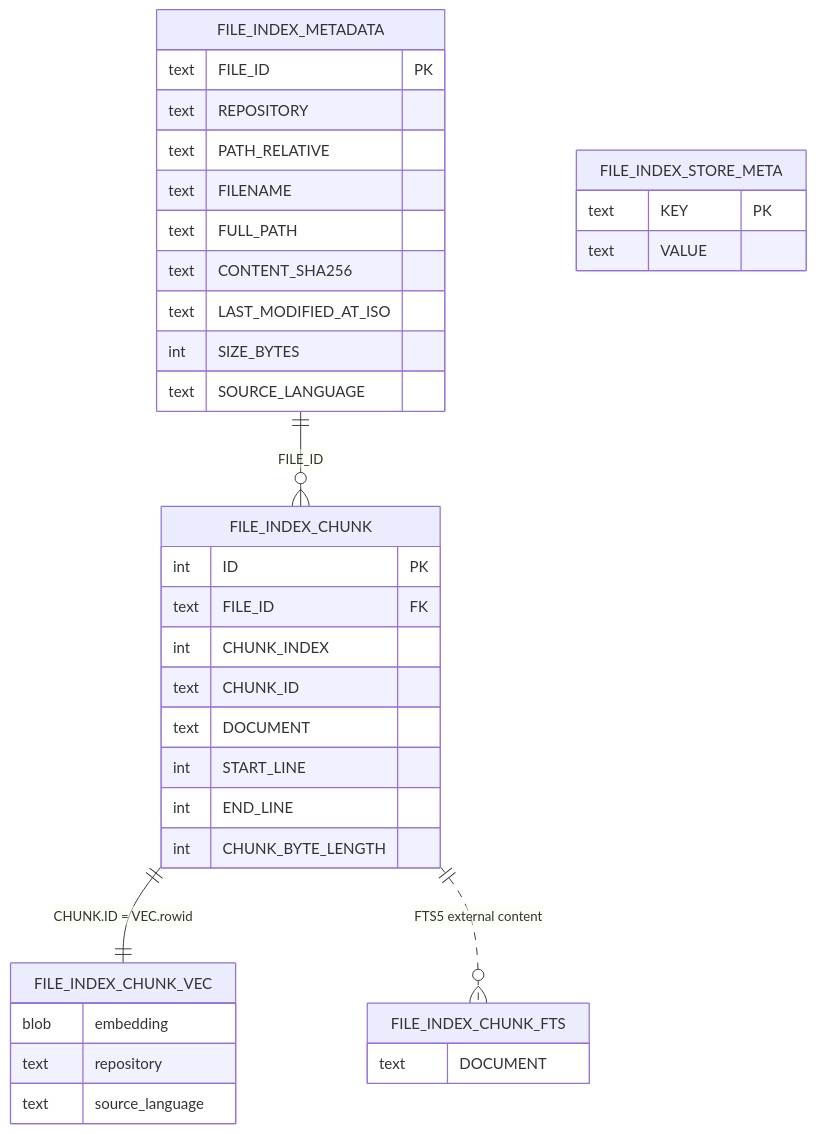
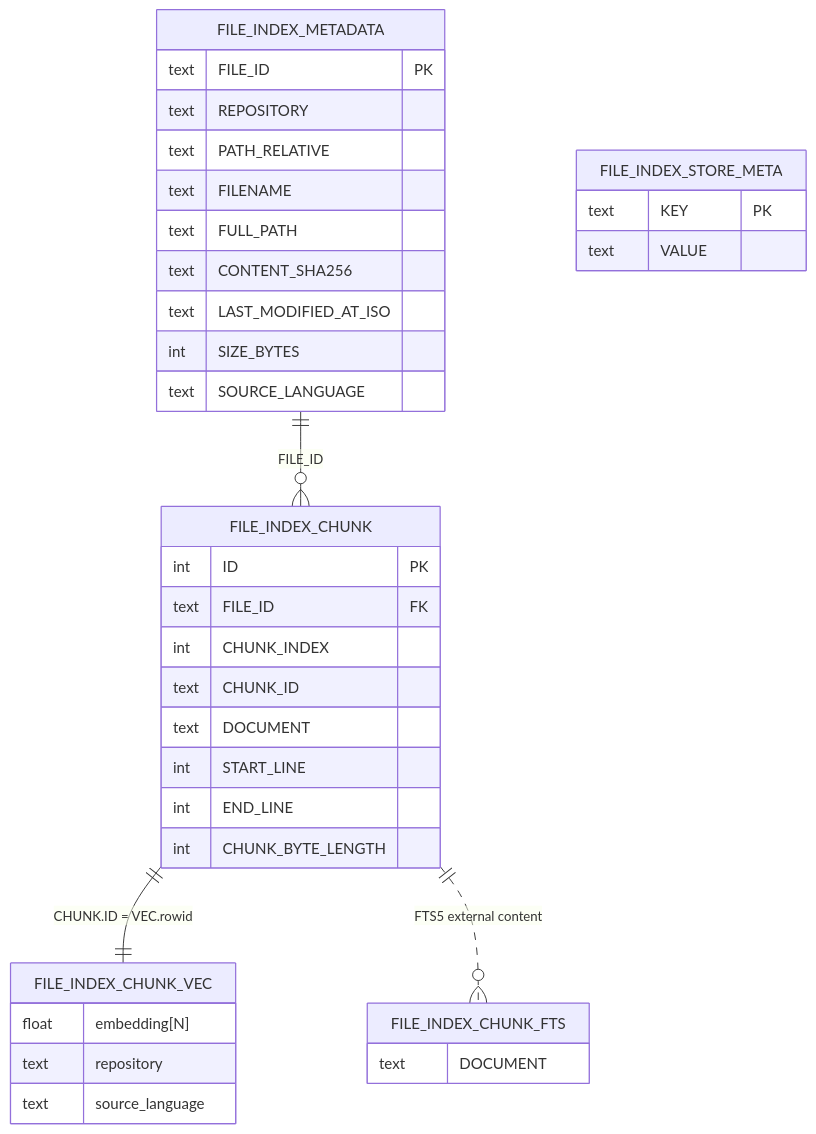
Before and after one commit to Lichens-Innovation/ai-dev-tools: the diagram in incubator/code-crawler/docs/DATABASE.md, drawn with Mermaid. The commit also changed other lines of this file, not shown here.

First line of the commit message:
docs(code-crawler): clarify SQLite schema and FTS lifecycle behavior

````diff
--- a/incubator/code-crawler/docs/DATABASE.md
+++ b/incubator/code-crawler/docs/DATABASE.md
@@ -9,44 +9,44 @@
 ```mermaid
 erDiagram
   FILE_INDEX_METADATA ||--o{ FILE_INDEX_CHUNK : "FILE_ID"
   FILE_INDEX_CHUNK ||--|| FILE_INDEX_CHUNK_VEC : "CHUNK.ID = VEC.rowid"
   FILE_INDEX_CHUNK ||..o{ FILE_INDEX_CHUNK_FTS : "FTS5 external content"
 
   FILE_INDEX_METADATA {
     text FILE_ID PK
     text REPOSITORY
     text PATH_RELATIVE
     text FILENAME
     text FULL_PATH
     text CONTENT_SHA256
     text LAST_MODIFIED_AT_ISO
     int SIZE_BYTES
     text SOURCE_LANGUAGE
   }
 
   FILE_INDEX_CHUNK {
     int ID PK
     text FILE_ID FK
     int CHUNK_INDEX
     text CHUNK_ID
     text DOCUMENT
     int START_LINE
     int END_LINE
     int CHUNK_BYTE_LENGTH
   }
 
   FILE_INDEX_STORE_META {
     text KEY PK
     text VALUE
   }
 
   FILE_INDEX_CHUNK_VEC {
-    blob embedding
+    float embedding[N]
     text repository
     text source_language
   }
 
   FILE_INDEX_CHUNK_FTS {
     text DOCUMENT
   }
 ```
````
